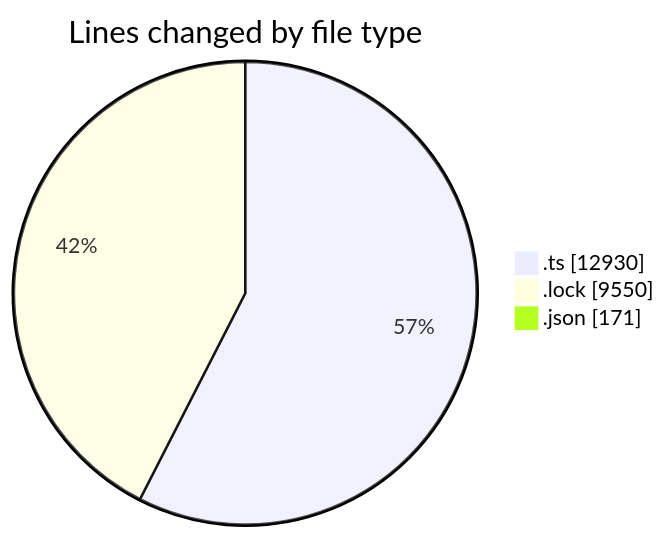
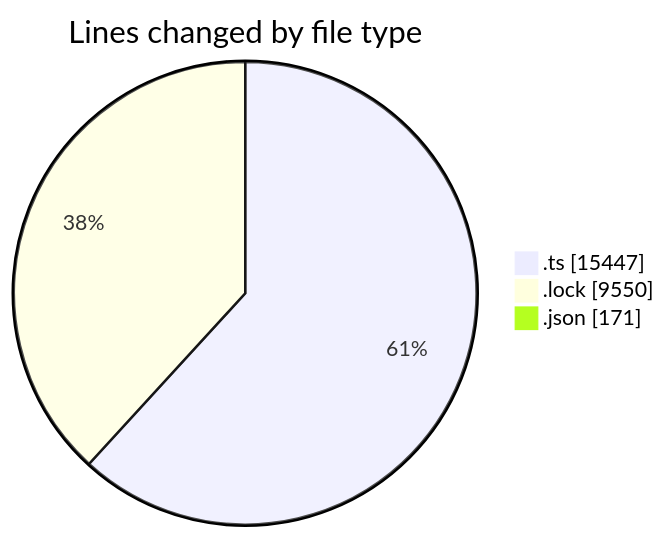
Before and after one commit to momahboobian/code-tracking: the first of 2 diagrams in 2025-10-30/cda/README.md, drawn with Mermaid. The commit also changed other lines of this file and 1 other file, not shown here.

````diff
--- a/2025-10-30/cda/README.md
+++ b/2025-10-30/cda/README.md
@@ -28,7 +29,7 @@
 ```mermaid
 pie showData
 title Lines changed by file type
-".ts" : 12930
+".ts" : 15447
 ".lock" : 9550
 ".json" : 171
 ```
````
